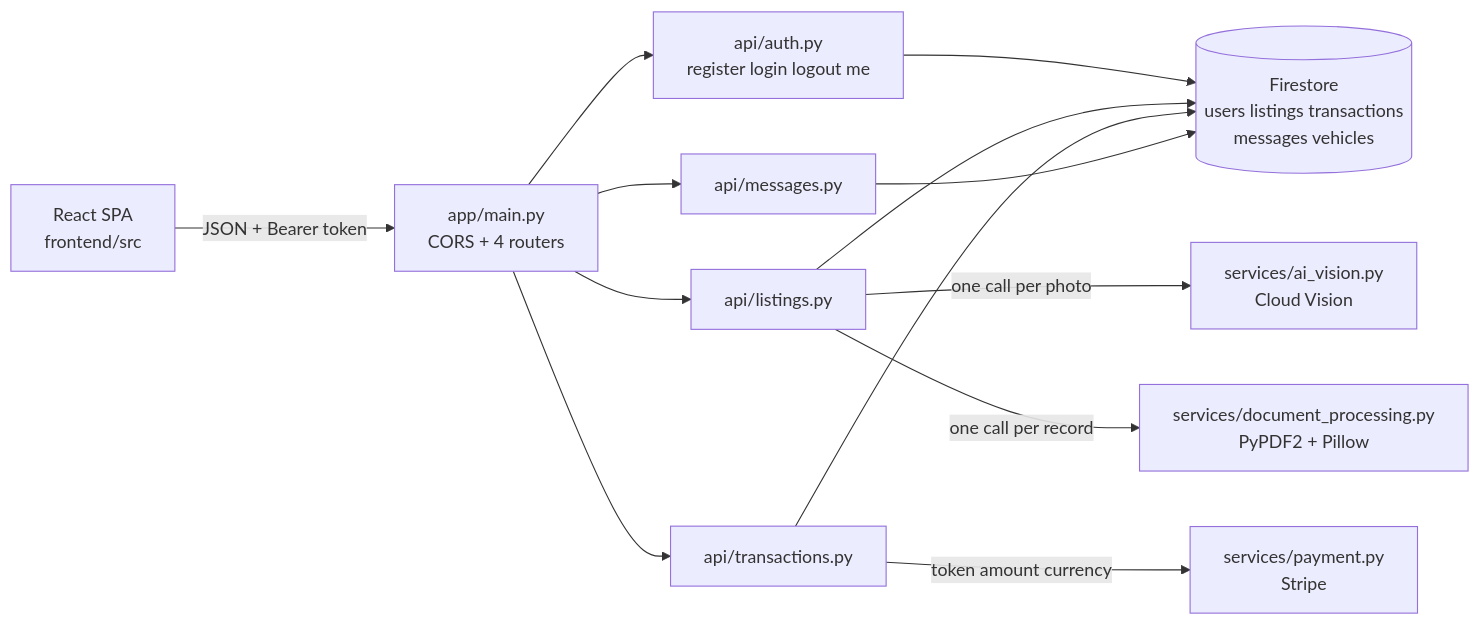
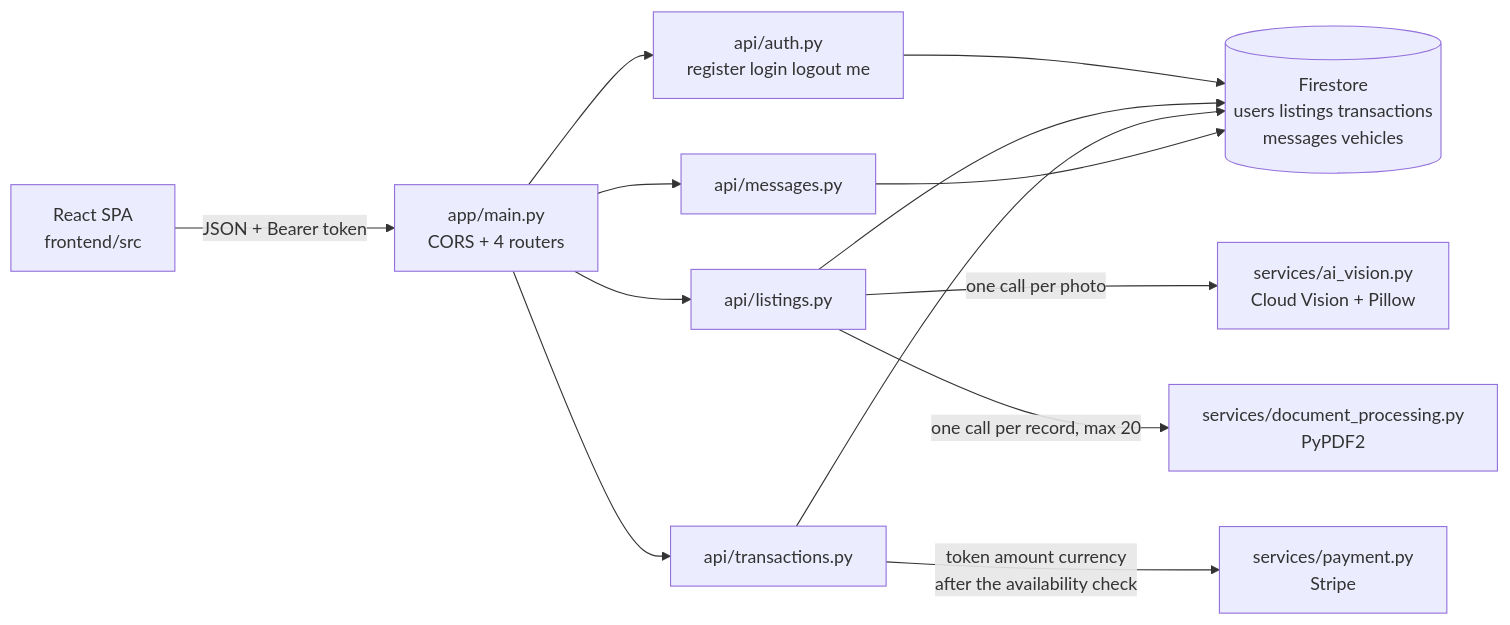
Before and after one commit to blitzy-public-samples/used-car-marketplace-u92dm2: the diagram in documentation/ONBOARDING.md, drawn with Mermaid. The commit also changed other lines of this file and 6 other files, not shown here.

````diff
--- a/documentation/ONBOARDING.md
+++ b/documentation/ONBOARDING.md
@@ -201,16 +473,16 @@
 ```mermaid
 graph LR
     SPA["React SPA<br/>frontend/src"] -->|"JSON + Bearer token"| M["app/main.py<br/>CORS + 4 routers"]
     M --> A["api/auth.py<br/>register login logout me"]
     M --> L["api/listings.py"]
     M --> T["api/transactions.py"]
     M --> G["api/messages.py"]
     A --> DB[("Firestore<br/>users listings transactions<br/>messages vehicles")]
     L --> DB
     T --> DB
     G --> DB
-    L -->|"one call per photo"| V["services/ai_vision.py<br/>Cloud Vision"]
-    L -->|"one call per record"| D["services/document_processing.py<br/>PyPDF2 + Pillow"]
-    T -->|"token amount currency"| P["services/payment.py<br/>Stripe"]
+    L -->|"one call per photo"| V["services/ai_vision.py<br/>Cloud Vision + Pillow"]
+    L -->|"one call per record, max 20"| D["services/document_processing.py<br/>PyPDF2"]
+    T -->|"token amount currency<br/>after the availability check"| P["services/payment.py<br/>Stripe"]
 %% Every service call is synchronous. See section 3.5.
 ```
````
